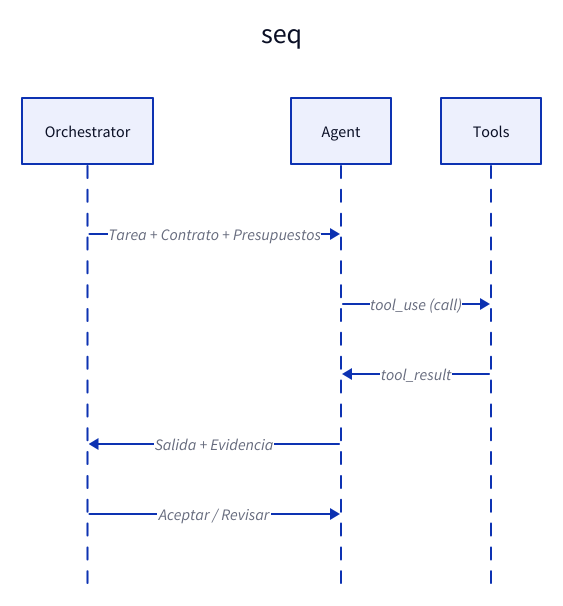
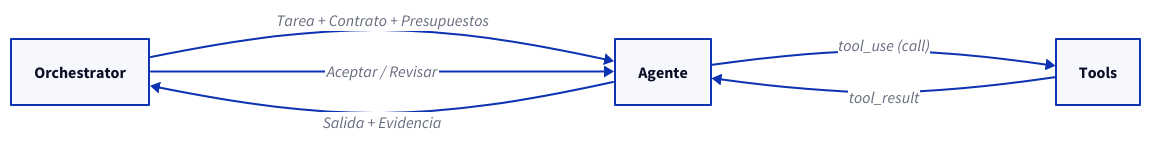
The second of 2 diagrams in src/content/blog/harness-agentic-control.mdx (guspatagonico/software-engineering-blog), drawn with D2 before and after one commit.

Commit message:
fix: replace sequence_diagram shape with standard D2 nodes
The sequence_diagram shape generates its own container background rect
that CSS can't override reliably. Replaced it with direction: right +
standard boxes and arrows, which render with transparent backgrounds.

````diff
--- a/src/content/blog/harness-agentic-control.mdx
+++ b/src/content/blog/harness-agentic-control.mdx
@@ -154,15 +154,13 @@
     ```d2
-    seq: {
-      shape: sequence_diagram
+    direction: right
 
-      Orchestrator
-      Agent
-      Tools
+    Orchestrator: Orchestrator
+    Agent: Agente
+    Tools: Tools
 
-      Orchestrator -> Agent: "Tarea + Contrato + Presupuestos"
-      Agent -> Tools: "tool_use (call)"
-      Tools -> Agent: "tool_result"
-      Agent -> Orchestrator: "Salida + Evidencia"
-      Orchestrator -> Agent: "Aceptar / Revisar"
-    }
+    Orchestrator -> Agent: "Tarea + Contrato + Presupuestos"
+    Agent -> Tools: "tool_use (call)"
+    Tools -> Agent: "tool_result"
+    Agent -> Orchestrator: "Salida + Evidencia"
+    Orchestrator -> Agent: "Aceptar / Revisar"
     ```
````
